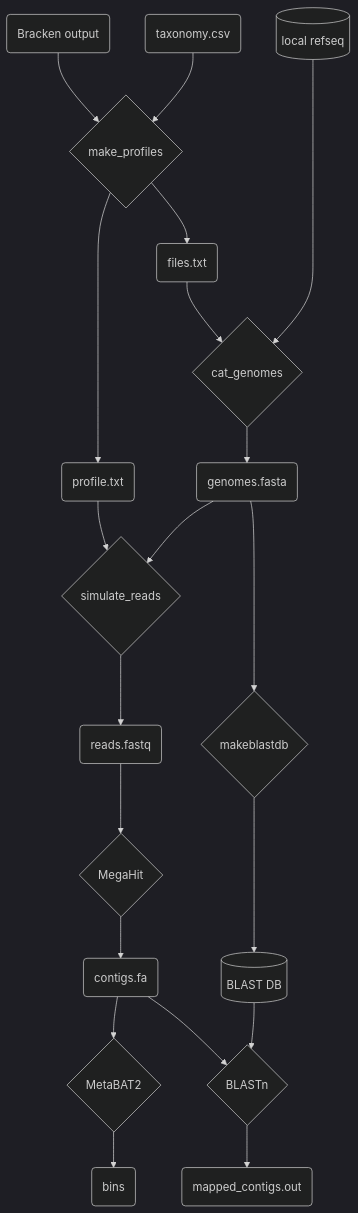
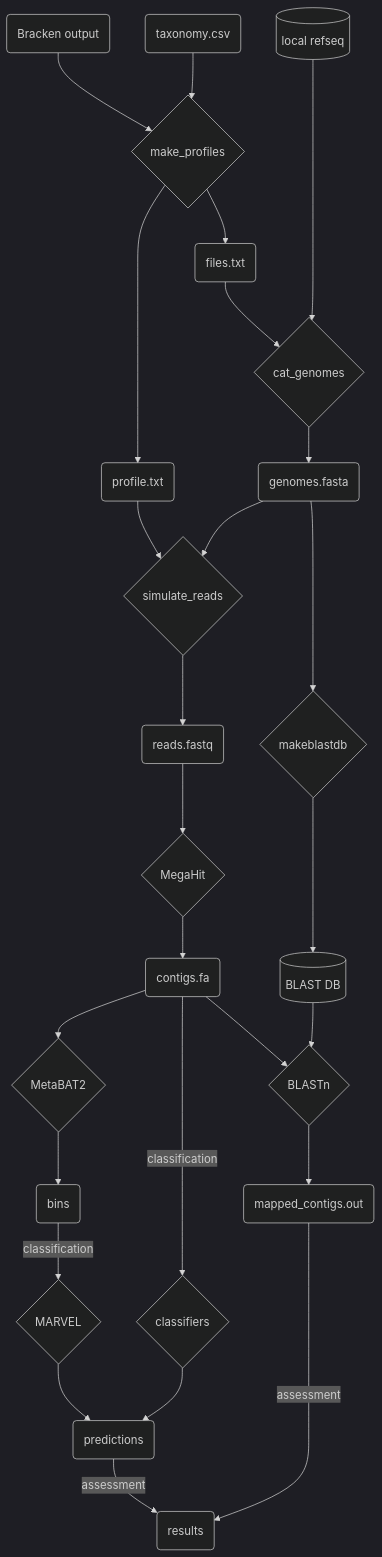
The diagram in src/simulate_reads/README.md (hurwitzlab/phage_detection_benchmarks), drawn with Mermaid (dark theme) before and after one commit. The commit also changed other lines of this file, not shown here.

````diff
--- a/src/simulate_reads/README.md
+++ b/src/simulate_reads/README.md
@@ -14,25 +22,31 @@
 ```mermaid
 graph TD
     input(Bracken output) --> profiler{make_profiles};
     taxa(taxonomy.csv) --> profiler;
     profiler --> profile(profile.txt);
     profiler --> globs(files.txt);
     refseq[(local refseq)];
     cat{cat_genomes};
     globs --> cat;
     refseq ----> cat;
     cat --> genomes(genomes.fasta);
     iss{simulate_reads};
     profile --> iss;
     genomes --> iss;
     iss --> reads(reads.fastq);
     reads --> megahit{MegaHit};
     megahit --> contigs(contigs.fa);
     contigs --> metabat{MetaBAT2};
+    contigs -- classification ----> tools{classifiers}
     metabat --> bins(bins)
     genomes --> dbizer{makeblastdb};
     dbizer ---> db[(BLAST DB)];
     db --> blast{BLASTn};
     contigs --> blast;
     blast --> mappings(mapped_contigs.out);
+    bins -- classification --> marvel{MARVEL};
+    marvel --> preds(predictions);
+    tools --> preds;
+    preds -- assessment --> results(results)
+    mappings -- assessment --> results;
 ```
````
